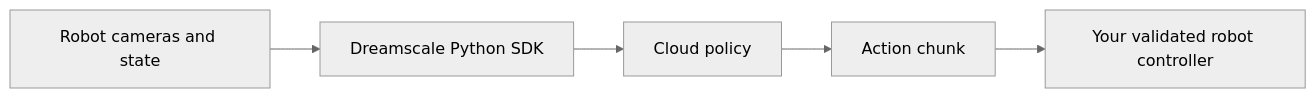
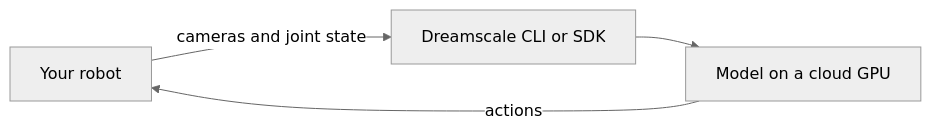
One commit to Dreamscale-Labs/docs changed the diagram in index.mdx. Above: the diagram before and after it, drawn with Mermaid (neutral theme). The commit also changed other lines of this file and 26 other files, not shown here.

````diff
--- a/index.mdx
+++ b/index.mdx
@@ -12,7 +10,6 @@
 ```mermaid
 flowchart LR
-  A["Robot cameras and state"] --> B["Dreamscale Python SDK"]
-  B --> C["Cloud policy"]
-  C --> D["Action chunk"]
-  D --> E["Your validated robot controller"]
+  A["Your robot"] -->|cameras and joint state| B["Dreamscale CLI or SDK"]
+  B --> C["Model on a cloud GPU"]
+  C -->|actions| A
 ```
````
